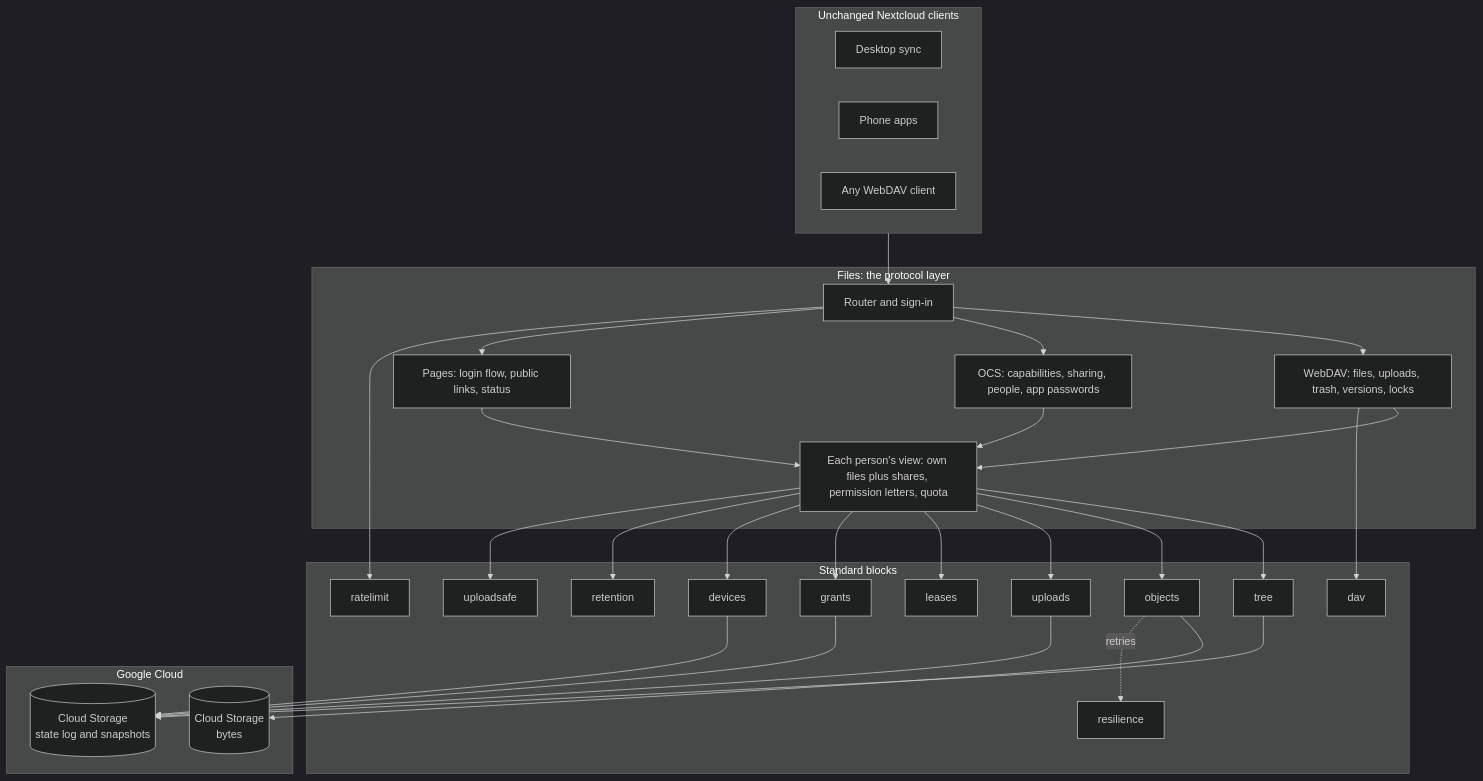
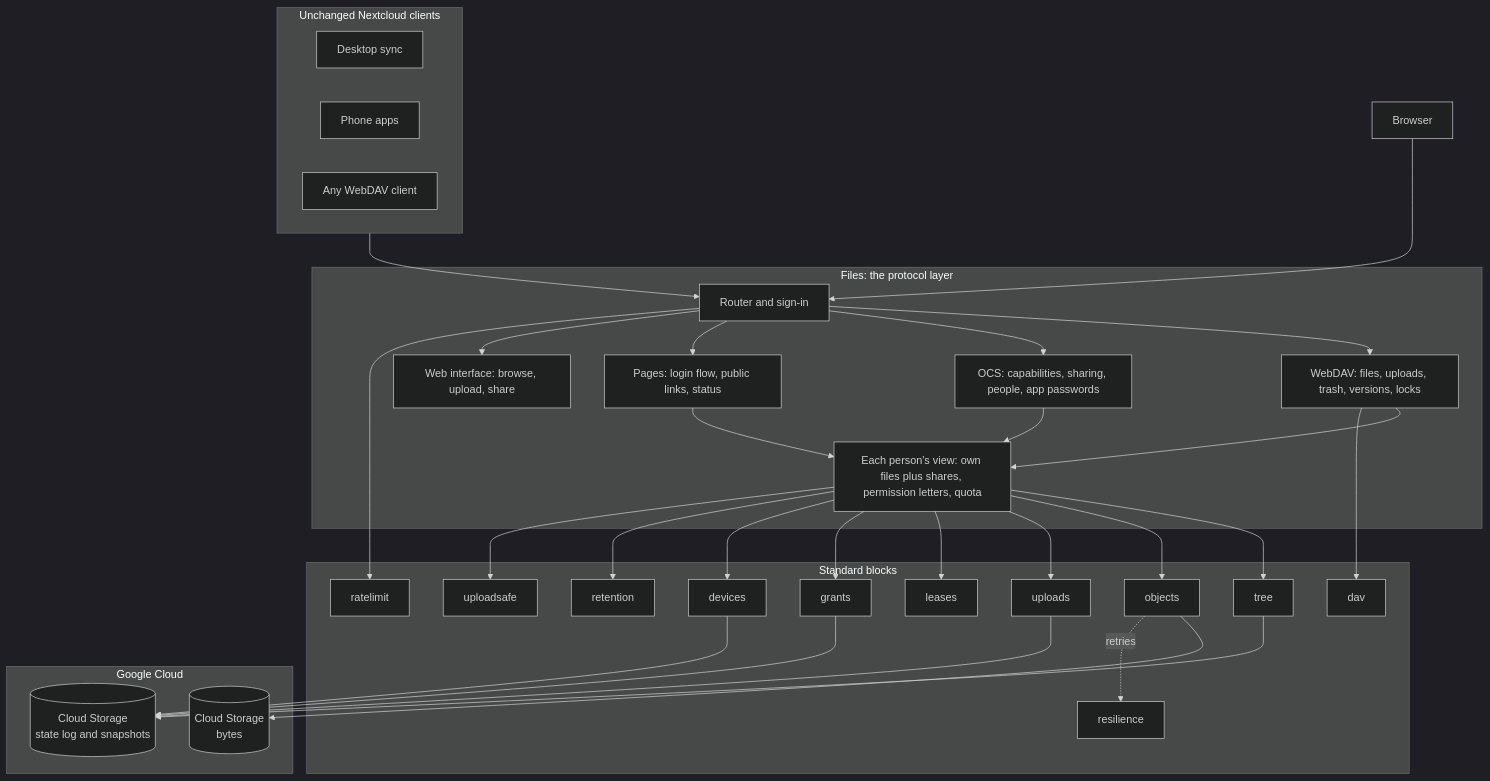
Before and after one commit to russlittle/ZTHR: the first of 4 diagrams in files/README.md, drawn with Mermaid (dark theme). The commit also changed other lines of this file and 3 other files, not shown here.

First line of the commit message:
Files in a browser: sign in, browse, upload, download, make folders, delete, share by link

````diff
--- a/files/README.md
+++ b/files/README.md
@@ -9,42 +9,44 @@
 ```mermaid
 flowchart TB
   subgraph Clients["Unchanged Nextcloud clients"]
     D[Desktop sync]
     M[Phone apps]
     W[Any WebDAV client]
   end
   subgraph Files["Files: the protocol layer"]
     R[Router and sign-in]
     DAV[WebDAV: files, uploads, trash, versions, locks]
     OCS[OCS: capabilities, sharing, people, app passwords]
     P[Pages: login flow, public links, status]
+    WEB[Web interface: browse, upload, share]
     V[Each person's view: own files plus shares, permission letters, quota]
   end
   subgraph Blocks["Standard blocks"]
     T[tree]
     O[objects]
     U[uploads]
     L[leases]
     G[grants]
     DV[devices]
     X[dav]
     RT[retention]
     RS[resilience]
     RL[ratelimit]
     US[uploadsafe]
   end
   subgraph Store["Google Cloud"]
     B[(Cloud Storage\nbytes)]
     S[(Cloud Storage\nstate log and snapshots)]
   end
-  Clients --> R --> DAV & OCS & P
+  B2[Browser] --> R
+  Clients --> R --> DAV & OCS & P & WEB
   DAV & OCS & P --> V
   V --> T & O & U & L & G & DV
   DAV --> X
   V --> RT
   O --> B
   T & G & DV & U --> S
   O -. retries .-> RS
   R --> RL
   V --> US
 ```
````
